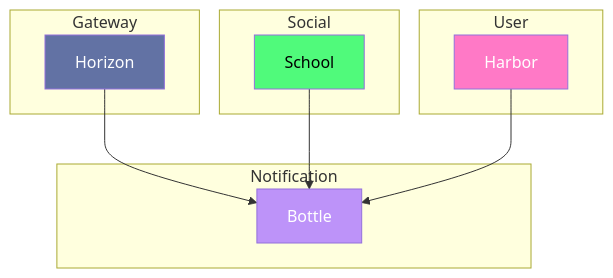
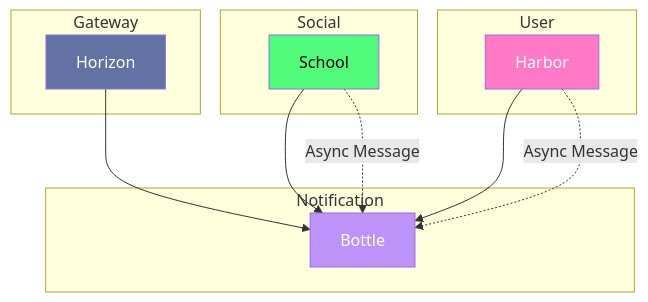
Before and after one commit to mathcovax/seaence: the diagram in docs/services/bottle/schema.md, drawn with Mermaid. The commit also changed other lines of this file and 10 other files, not shown here.

````diff
--- a/docs/services/bottle/schema.md
+++ b/docs/services/bottle/schema.md
@@ -9,32 +9,34 @@
 ```mermaid
 flowchart TB
     subgraph Gateway
         Horizon[Horizon]
     end
 
     subgraph User
         Harbor[Harbor]
     end
 
     subgraph Social
         School[School]
     end
 
     subgraph Notification
         Bottle[Bottle]
     end
 
     Horizon --> Bottle
     School --> Bottle
     Harbor --> Bottle
+	Harbor -.->|Async Message| Bottle
+	School -.->|Async Message| Bottle
 	
     classDef gateway fill:#6272a4,color:white
     classDef auth fill:#ff79c6,color:white
     classDef social fill:#50fa7b,color:black
     classDef notification fill:#bd93f9,color:white
 
     class Horizon gateway
     class Harbor auth
     class School social
     class Bottle notification
 ```
````
